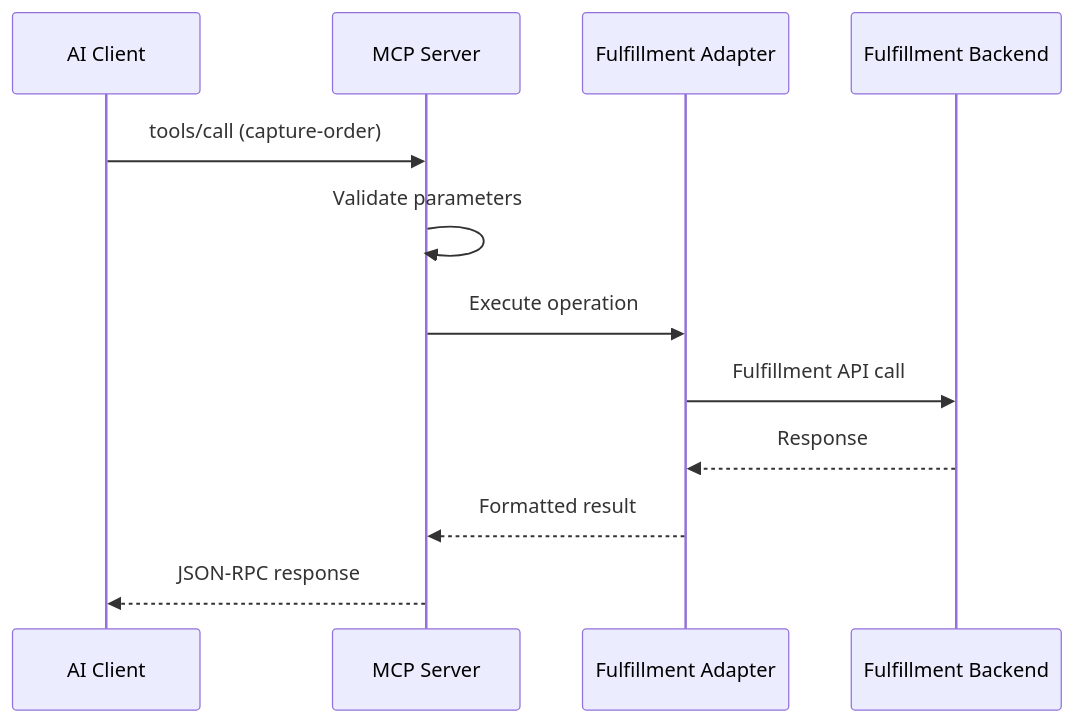
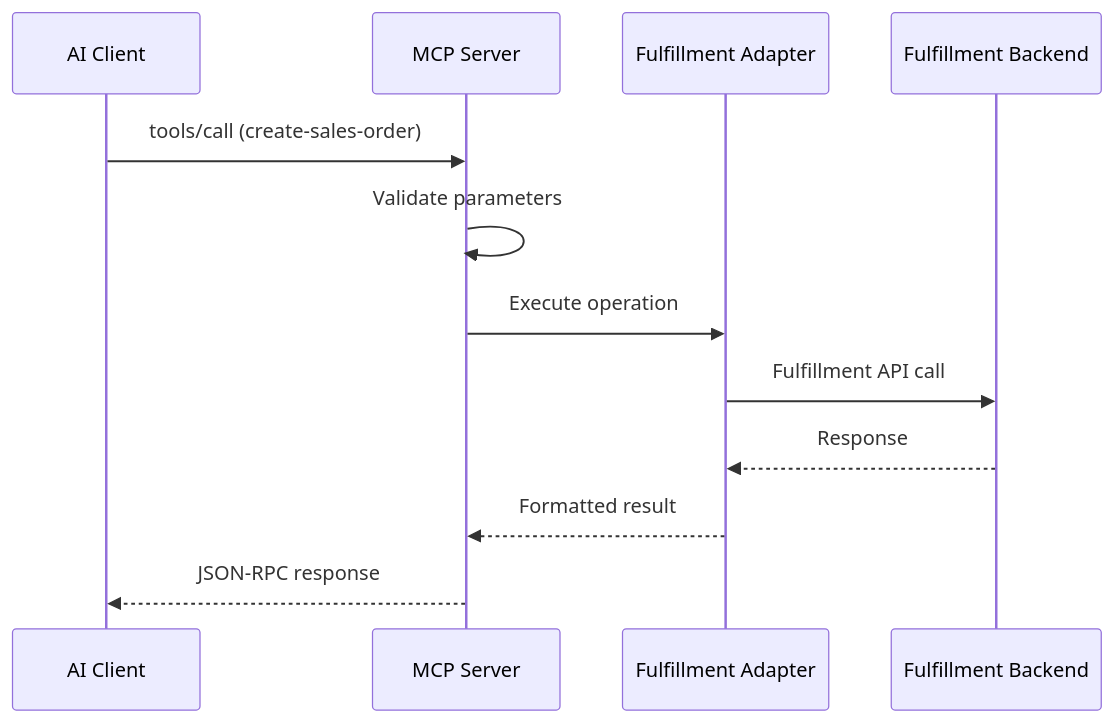
The diagram in docs/specification/mcp-server-spec.md (commerce-operations-foundation/mcp-reference-server), drawn with Mermaid before and after one commit. The commit also changed other lines of this file and 22 other files, not shown here.

````diff
--- a/docs/specification/mcp-server-spec.md
+++ b/docs/specification/mcp-server-spec.md
@@ -269,15 +262,15 @@
 ```mermaid
 sequenceDiagram
     participant Client as AI Client
     participant Server as MCP Server
     participant Adapter as Fulfillment Adapter
     participant Backend as Fulfillment Backend
 
-    Client->>Server: tools/call (capture-order)
+    Client->>Server: tools/call (create-sales-order)
     Server->>Server: Validate parameters
     Server->>Adapter: Execute operation
     Adapter->>Backend: Fulfillment API call
     Backend-->>Adapter: Response
     Adapter-->>Server: Formatted result
     Server-->>Client: JSON-RPC response
 ```
````
